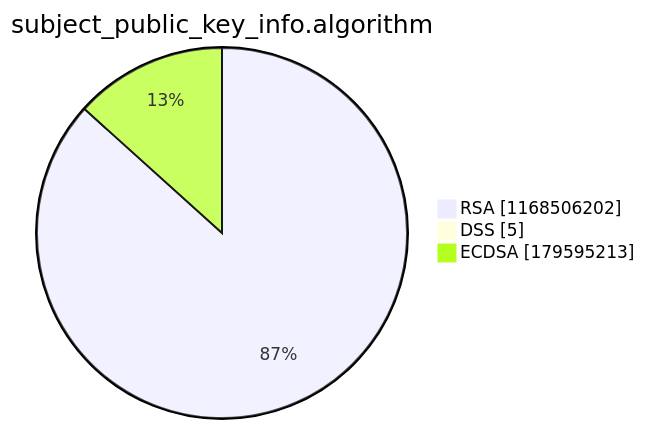
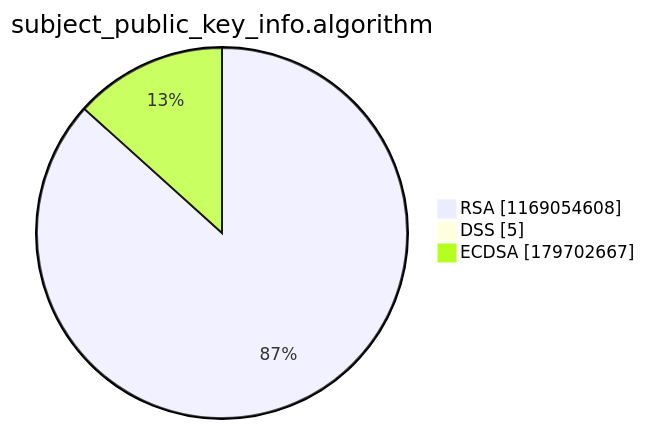
Before and after one commit to christiankrug/ctmonitor_visualization: the third of 15 diagrams in argon2022/README.md, drawn with Mermaid. The commit also changed other lines of this file, not shown here.

````diff
--- a/argon2022/README.md
+++ b/argon2022/README.md
@@ -14,7 +14,7 @@
 ```mermaid
 pie showData
 title subject_public_key_info.algorithm
-"RSA" :1168506202
+"RSA" :1169054608
 "DSS" :5
-"ECDSA" :179595213
+"ECDSA" :179702667
 ```
````
